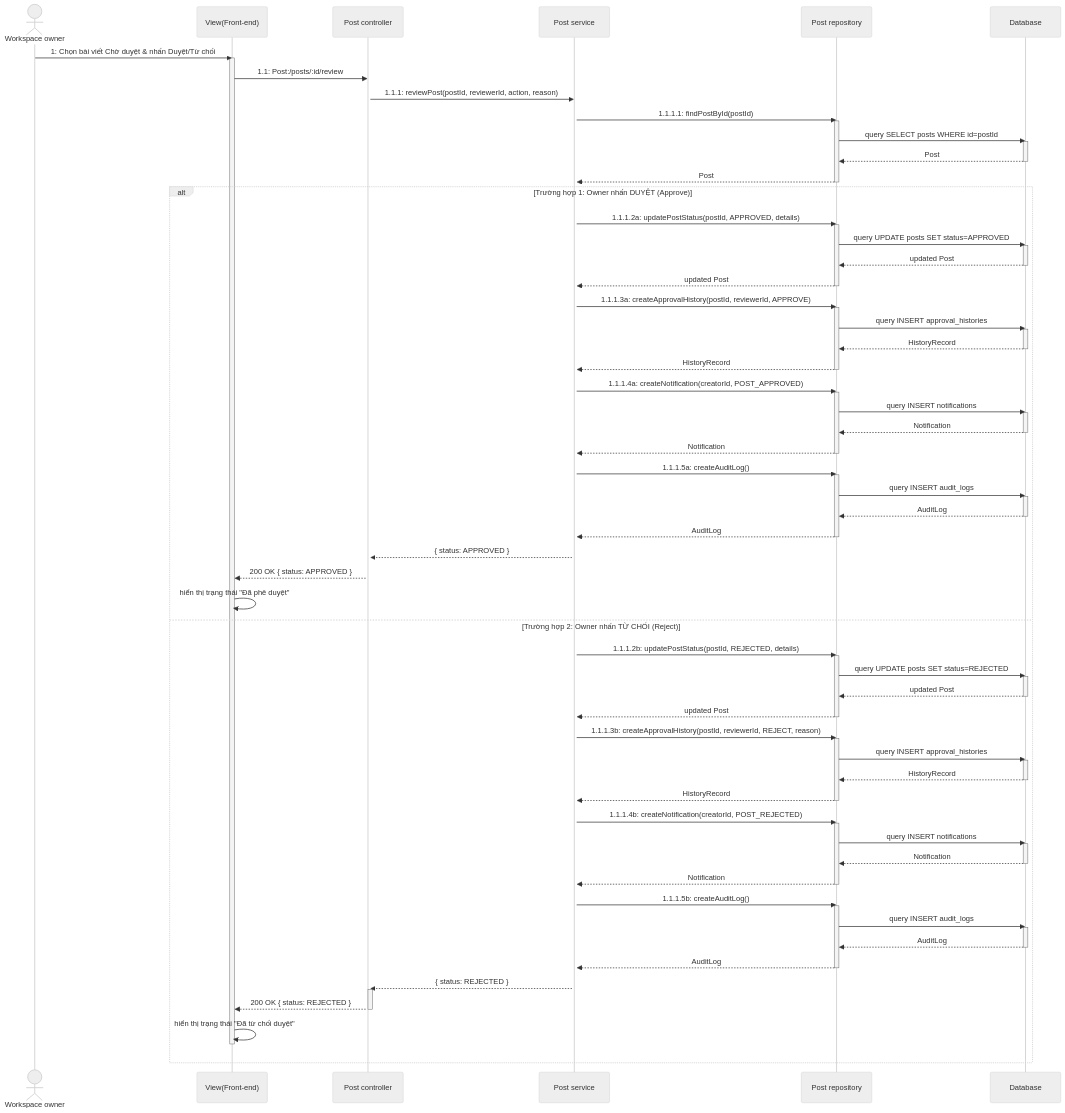
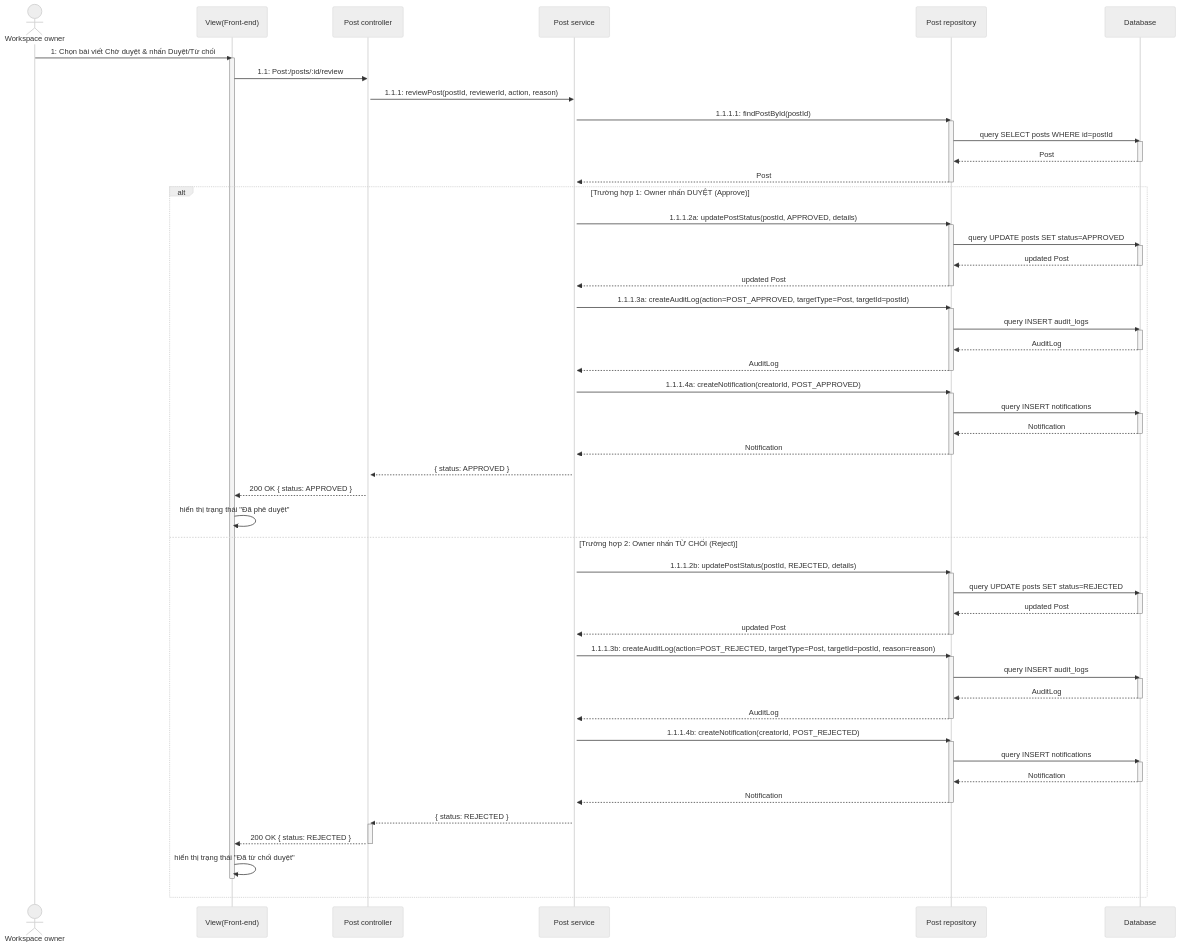
Diagram 24 of 44 in docs/function_layer_mapping.md (Pham-Hong-Ky/marka-capstone), drawn with Mermaid (neutral theme) before and after one commit. The commit also changed other lines of this file and 47 other files, not shown here.

First line of the commit message:
docs: refresh architecture, API and database specs with UML diagrams

```diff
--- a/docs/function_layer_mapping.md
+++ b/docs/function_layer_mapping.md
@@ -1460,13 +1405,13 @@
         Repository-->>Service: updated Post
         deactivate Repository
 
-        Service->>Repository: 1.1.1.3a: createApprovalHistory(postId, reviewerId, APPROVE)
+        Service->>Repository: 1.1.1.3a: createAuditLog(action=POST_APPROVED, targetType=Post, targetId=postId)
         activate Repository
-        Repository->>DB: query INSERT approval_histories
+        Repository->>DB: query INSERT audit_logs
         activate DB
-        DB-->>Repository: HistoryRecord
+        DB-->>Repository: AuditLog
         deactivate DB
-        Repository-->>Service: HistoryRecord
+        Repository-->>Service: AuditLog
         deactivate Repository
 
         Service->>Repository: 1.1.1.4a: createNotification(creatorId, POST_APPROVED)
@@ -1476,15 +1421,6 @@
         DB-->>Repository: Notification
         deactivate DB
         Repository-->>Service: Notification
-        deactivate Repository
-
-        Service->>Repository: 1.1.1.5a: createAuditLog()
-        activate Repository
-        Repository->>DB: query INSERT audit_logs
-        activate DB
-        DB-->>Repository: AuditLog
-        deactivate DB
-        Repository-->>Service: AuditLog
         deactivate Repository
 
         Service-->>Controller: { status: APPROVED }
@@ -1500,13 +1436,13 @@
         Repository-->>Service: updated Post
         deactivate Repository
 
-        Service->>Repository: 1.1.1.3b: createApprovalHistory(postId, reviewerId, REJECT, reason)
+        Service->>Repository: 1.1.1.3b: createAuditLog(action=POST_REJECTED, targetType=Post, targetId=postId, reason=reason)
         activate Repository
-        Repository->>DB: query INSERT approval_histories
+        Repository->>DB: query INSERT audit_logs
         activate DB
-        DB-->>Repository: HistoryRecord
+        DB-->>Repository: AuditLog
         deactivate DB
-        Repository-->>Service: HistoryRecord
+        Repository-->>Service: AuditLog
         deactivate Repository
 
         Service->>Repository: 1.1.1.4b: createNotification(creatorId, POST_REJECTED)
@@ -1518,15 +1454,6 @@
         Repository-->>Service: Notification
         deactivate Repository
 
-        Service->>Repository: 1.1.1.5b: createAuditLog()
-        activate Repository
-        Repository->>DB: query INSERT audit_logs
-        activate DB
-        DB-->>Repository: AuditLog
-        deactivate DB
-        Repository-->>Service: AuditLog
-        deactivate Repository
-
         Service-->>Controller: { status: REJECTED }
         activate Controller
         Controller-->>View: 200 OK { status: REJECTED }
```
